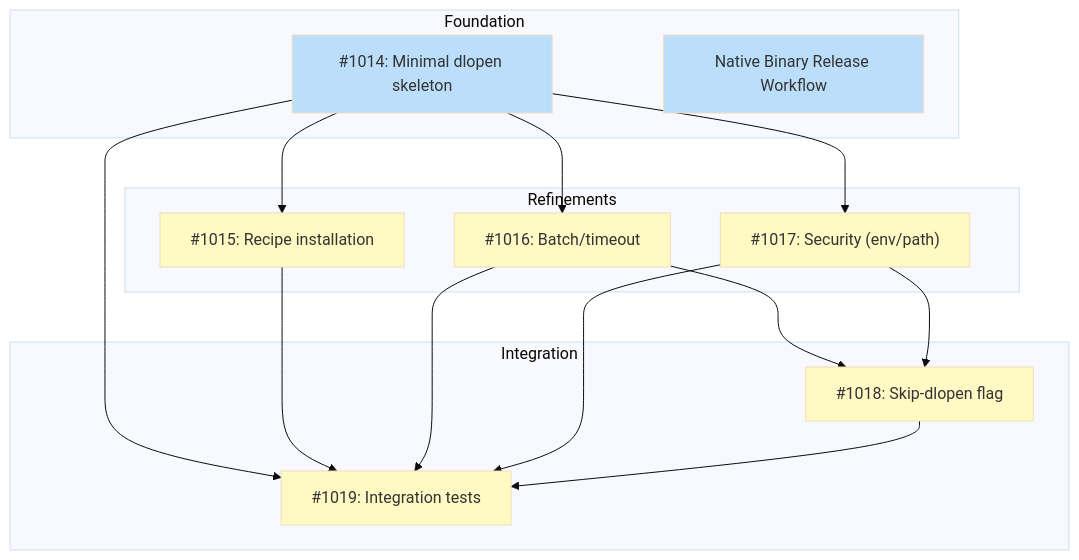
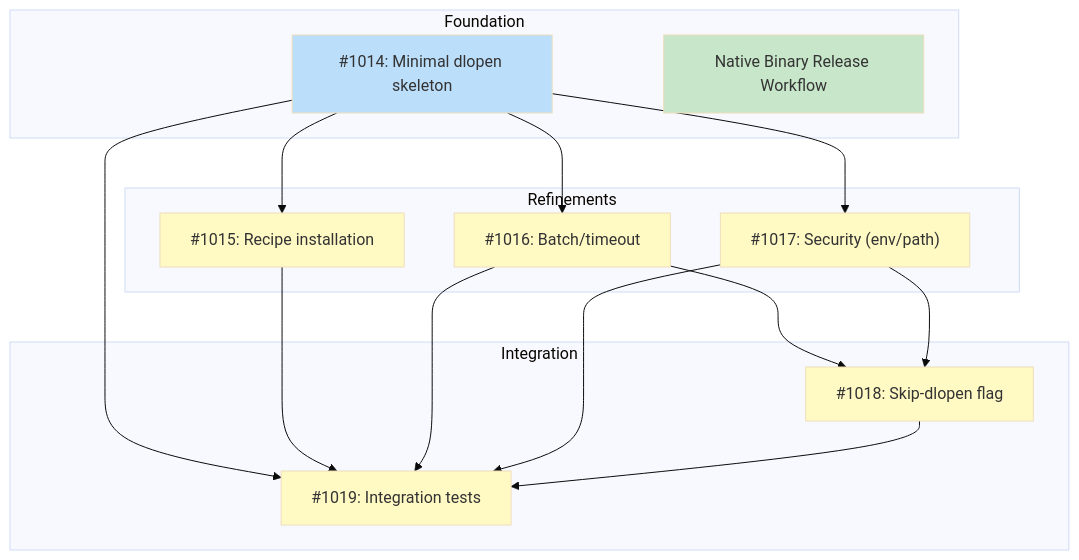
The diagram in docs/designs/DESIGN-library-verify-dlopen.md (tsukumogami/tsuku), drawn with Mermaid (base theme) before and after one commit. The commit also changed other lines of this file and 7 other files, not shown here.

````diff
--- a/docs/designs/DESIGN-library-verify-dlopen.md
+++ b/docs/designs/DESIGN-library-verify-dlopen.md
@@ -28,38 +28,38 @@
 ```mermaid
 graph TD
     subgraph Foundation["Foundation"]
         I1014["#1014: Minimal dlopen skeleton"]
         NBRW["Native Binary Release Workflow"]
     end
 
     subgraph Refinements["Refinements"]
         I1015["#1015: Recipe installation"]
         I1016["#1016: Batch/timeout"]
         I1017["#1017: Security (env/path)"]
     end
 
     subgraph Integration["Integration"]
         I1018["#1018: Skip-dlopen flag"]
         I1019["#1019: Integration tests"]
     end
 
     I1014 --> I1015
     I1014 --> I1016
     I1014 --> I1017
     I1016 --> I1018
     I1017 --> I1018
     I1014 --> I1019
     I1015 --> I1019
     I1016 --> I1019
     I1017 --> I1019
     I1018 --> I1019
 
     classDef done fill:#c8e6c9
     classDef ready fill:#bbdefb
     classDef blocked fill:#fff9c4
     classDef needsDesign fill:#e1bee7
 
     class I1014 ready
-    class NBRW ready
+    class NBRW done
     class I1015,I1016,I1017,I1018,I1019 blocked
 ```
````
